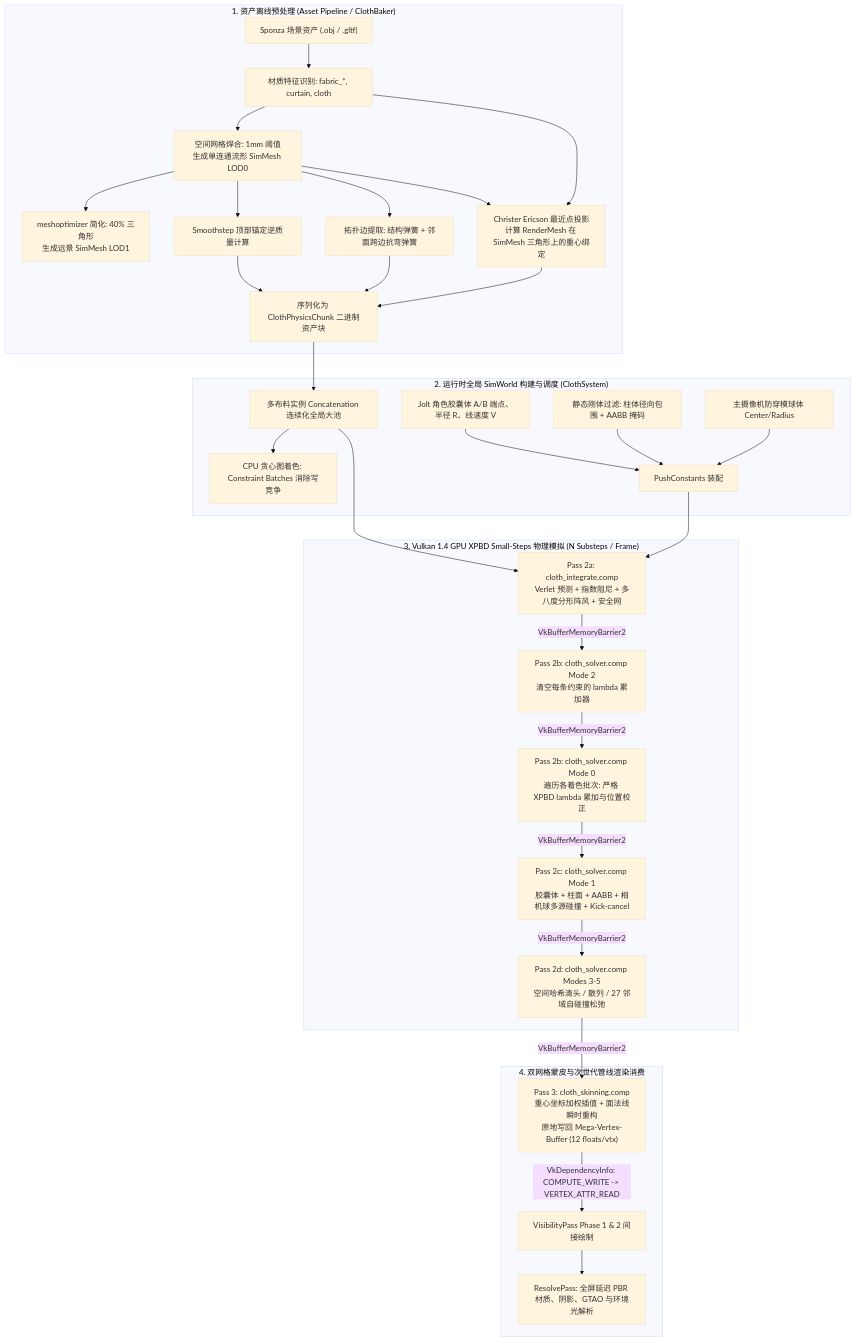
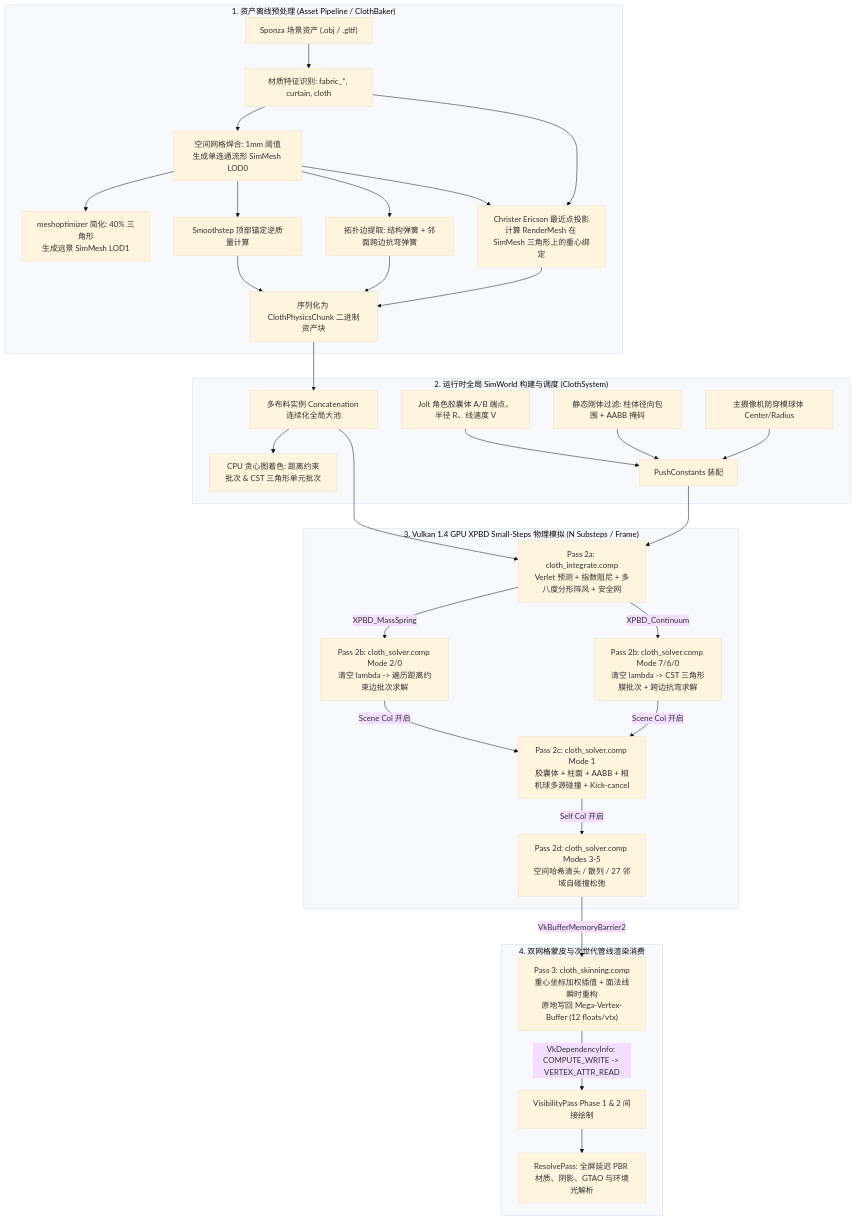
Before and after one commit to baojincn/BudEngine: the diagram in doc/GPU_XPBD_Cloth.md, drawn with Mermaid (base theme). The commit also changed other lines of this file and 5 other files, not shown here.

Commit message:
feat(physics, docs): implement XPBD Continuum CST membrane solver and update architecture documentation

````diff
--- a/doc/GPU_XPBD_Cloth.md
+++ b/doc/GPU_XPBD_Cloth.md
@@ -42,34 +47,34 @@
 ```mermaid
 flowchart TD
     subgraph Asset_Pipeline["1. 资产离线预处理 (Asset Pipeline / ClothBaker)"]
         A["Sponza 场景资产 (.obj / .gltf)"] --> B["材质特征识别: fabric_*, curtain, cloth"]
         B --> C1["空间网格焊合: 1mm 阈值<br/>生成单连通流形 SimMesh LOD0"]
         C1 --> C2["meshoptimizer 简化: 40% 三角形<br/>生成远景 SimMesh LOD1"]
         C1 --> D1["Smoothstep 顶部锚定逆质量计算"]
         C1 --> D2["拓扑边提取: 结构弹簧 + 邻面跨边抗弯弹簧"]
         C1 & B --> D3["Christer Ericson 最近点投影<br/>计算 RenderMesh 在 SimMesh 三角形上的重心绑定"]
         D1 & D2 & D3 --> D4["序列化为 ClothPhysicsChunk 二进制资产块"]
     end
 
     subgraph CPU_Runtime["2. 运行时全局 SimWorld 构建与调度 (ClothSystem)"]
         D4 --> E1["多布料实例 Concatenation 连续化全局大池"]
-        E1 --> E2["CPU 贪心图着色: Constraint Batches 消除写竞争"]
+        E1 --> E2["CPU 贪心图着色: 距离约束批次 & CST 三角形单元批次"]
         F1["Jolt 角色胶囊体 A/B 端点、半径 R、线速度 V"] --> E3["PushConstants 装配"]
         F2["静态刚体过滤: 柱体径向包围 + AABB 掩码"] --> E3
         F3["主摄像机防穿模球体 Center/Radius"] --> E3
     end
 
     subgraph GPU_Substep_Loop["3. Vulkan 1.4 GPU XPBD Small-Steps 物理模拟 (N Substeps / Frame)"]
         E1 & E3 --> H1["Pass 2a: cloth_integrate.comp<br/>Verlet 预测 + 指数阻尼 + 多八度分形阵风 + 安全网"]
-        H1 -->|"VkBufferMemoryBarrier2"| H2["Pass 2b: cloth_solver.comp Mode 2<br/>清空每条约束的 lambda 累加器"]
-        H2 -->|"VkBufferMemoryBarrier2"| H3["Pass 2b: cloth_solver.comp Mode 0<br/>遍历各着色批次: 严格 XPBD lambda 累加与位置校正"]
-        H3 -->|"VkBufferMemoryBarrier2"| H4["Pass 2c: cloth_solver.comp Mode 1<br/>胶囊体 + 柱面 + AABB + 相机球多源碰撞 + Kick-cancel"]
-        H4 -->|"VkBufferMemoryBarrier2"| H5["Pass 2d: cloth_solver.comp Modes 3-5<br/>空间哈希清头 / 散列 / 27 邻域自碰撞松弛"]
+        H1 -->|"XPBD_MassSpring"| H2["Pass 2b: cloth_solver.comp Mode 2/0<br/>清空 lambda -> 遍历距离约束边批次求解"]
+        H1 -->|"XPBD_Continuum"| H3["Pass 2b: cloth_solver.comp Mode 7/6/0<br/>清空 lambda -> CST 三角形膜批次 + 跨边抗弯求解"]
+        H2 & H3 -->|"Scene Col 开启"| H4["Pass 2c: cloth_solver.comp Mode 1<br/>胶囊体 + 柱面 + AABB + 相机球多源碰撞 + Kick-cancel"]
+        H4 -->|"Self Col 开启"| H5["Pass 2d: cloth_solver.comp Modes 3-5<br/>空间哈希清头 / 散列 / 27 邻域自碰撞松弛"]
     end
 
     subgraph GPU_Skinning_Render["4. 双网格蒙皮与次世代管线渲染消费"]
         H5 -->|"VkBufferMemoryBarrier2"| I1["Pass 3: cloth_skinning.comp<br/>重心坐标加权插值 + 面法线瞬时重构<br/>原地写回 Mega-Vertex-Buffer (12 floats/vtx)"]
         I1 -->|"VkDependencyInfo: COMPUTE_WRITE -> VERTEX_ATTR_READ"| I2["VisibilityPass Phase 1 & 2 间接绘制"]
         I2 --> I3["ResolvePass: 全屏延迟 PBR 材质、阴影、GTAO 与环境光解析"]
     end
 ```
````
